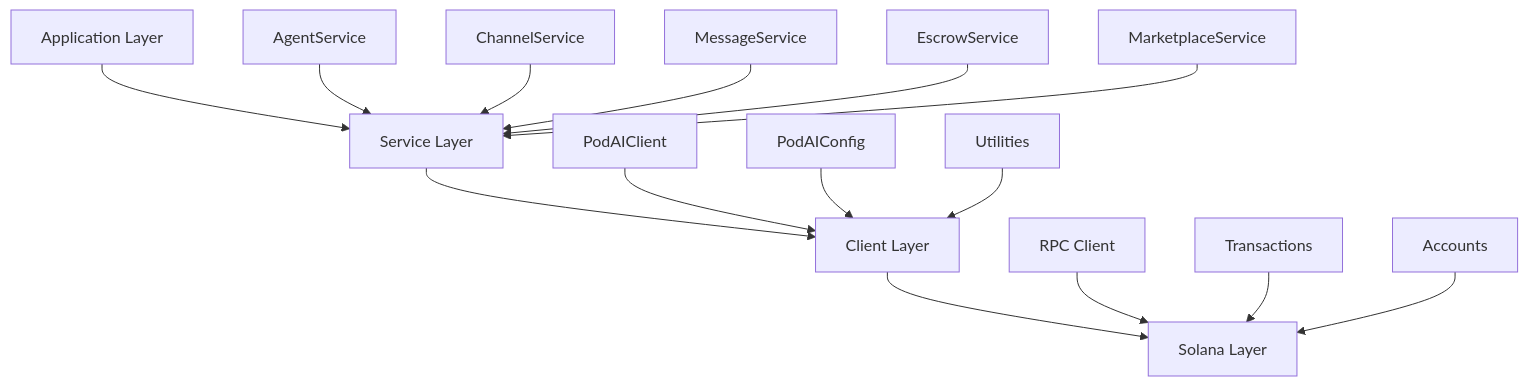
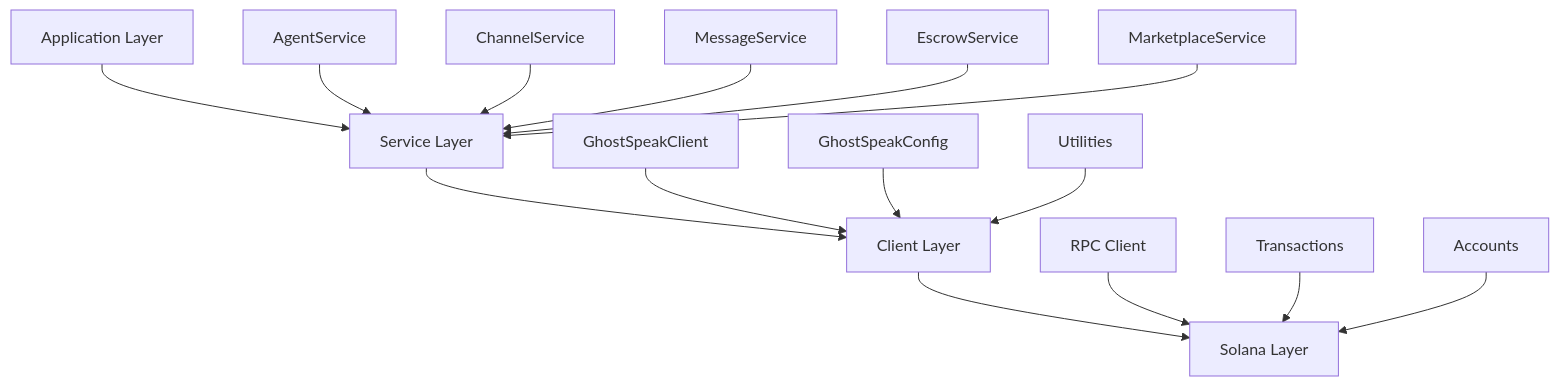
The diagram in packages/sdk-rust/DOCUMENTATION.md (Dexploarer/GhostSpeak), drawn with Mermaid before and after one commit. The commit also changed other lines of this file and 493 other files, not shown here.

````diff
--- a/packages/sdk-rust/DOCUMENTATION.md
+++ b/packages/sdk-rust/DOCUMENTATION.md
@@ -85,20 +85,20 @@
 ```mermaid
 graph TD
     A[Application Layer] --> B[Service Layer]
     B --> C[Client Layer]
     C --> D[Solana Layer]
     
     B1[AgentService] --> B
     B2[ChannelService] --> B
     B3[MessageService] --> B
     B4[EscrowService] --> B
     B5[MarketplaceService] --> B
     
-    C1[PodAIClient] --> C
-    C2[PodAIConfig] --> C
+    C1[GhostSpeakClient] --> C
+    C2[GhostSpeakConfig] --> C
     C3[Utilities] --> C
     
     D1[RPC Client] --> D
     D2[Transactions] --> D
     D3[Accounts] --> D
 ```
````
